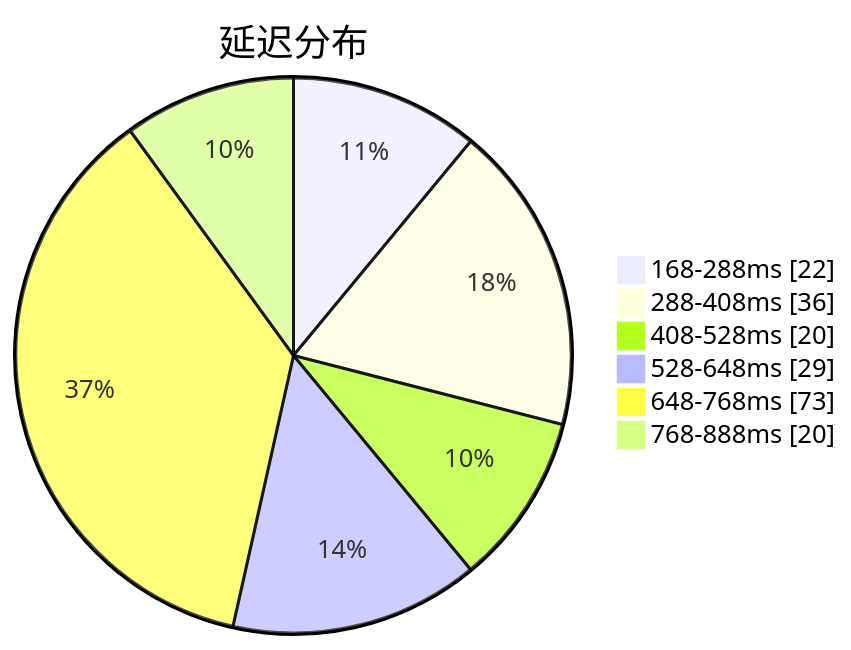
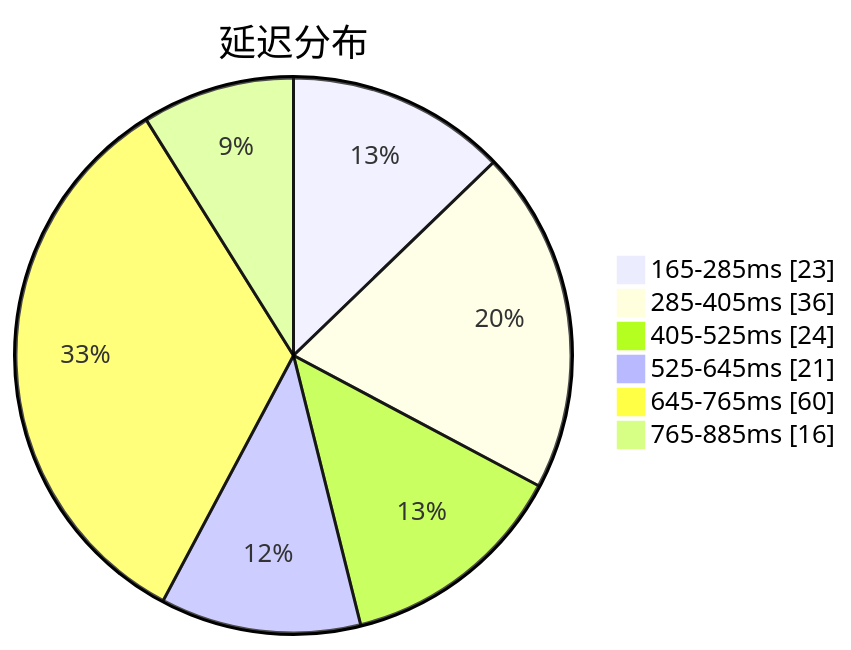
One commit to qjlxg/airport changed the first of 3 diagrams in subs/statistics/tested_within.md. Above: the diagram before and after it, drawn with Mermaid. The commit also changed other lines of this file and 2 other files, not shown here.

````diff
--- a/subs/statistics/tested_within.md
+++ b/subs/statistics/tested_within.md
@@ -2,10 +2,10 @@
 ```mermaid
 pie showData
 title 延迟分布
-"168-288ms" : 22
-"288-408ms" : 36
-"408-528ms" : 20
-"528-648ms" : 29
-"648-768ms" : 73
-"768-888ms" : 20
+"165-285ms" : 23
+"285-405ms" : 36
+"405-525ms" : 24
+"525-645ms" : 21
+"645-765ms" : 60
+"765-885ms" : 16
 ```
````
